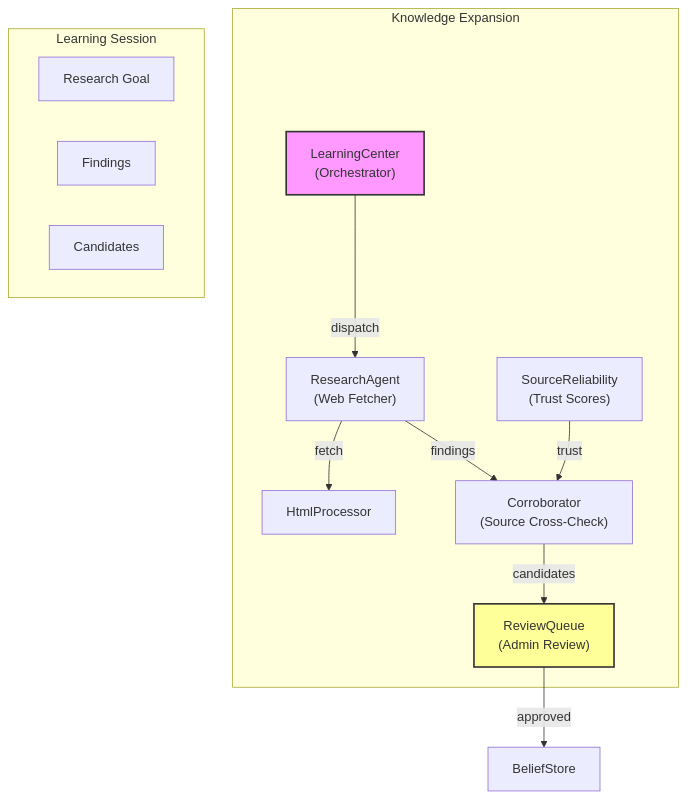
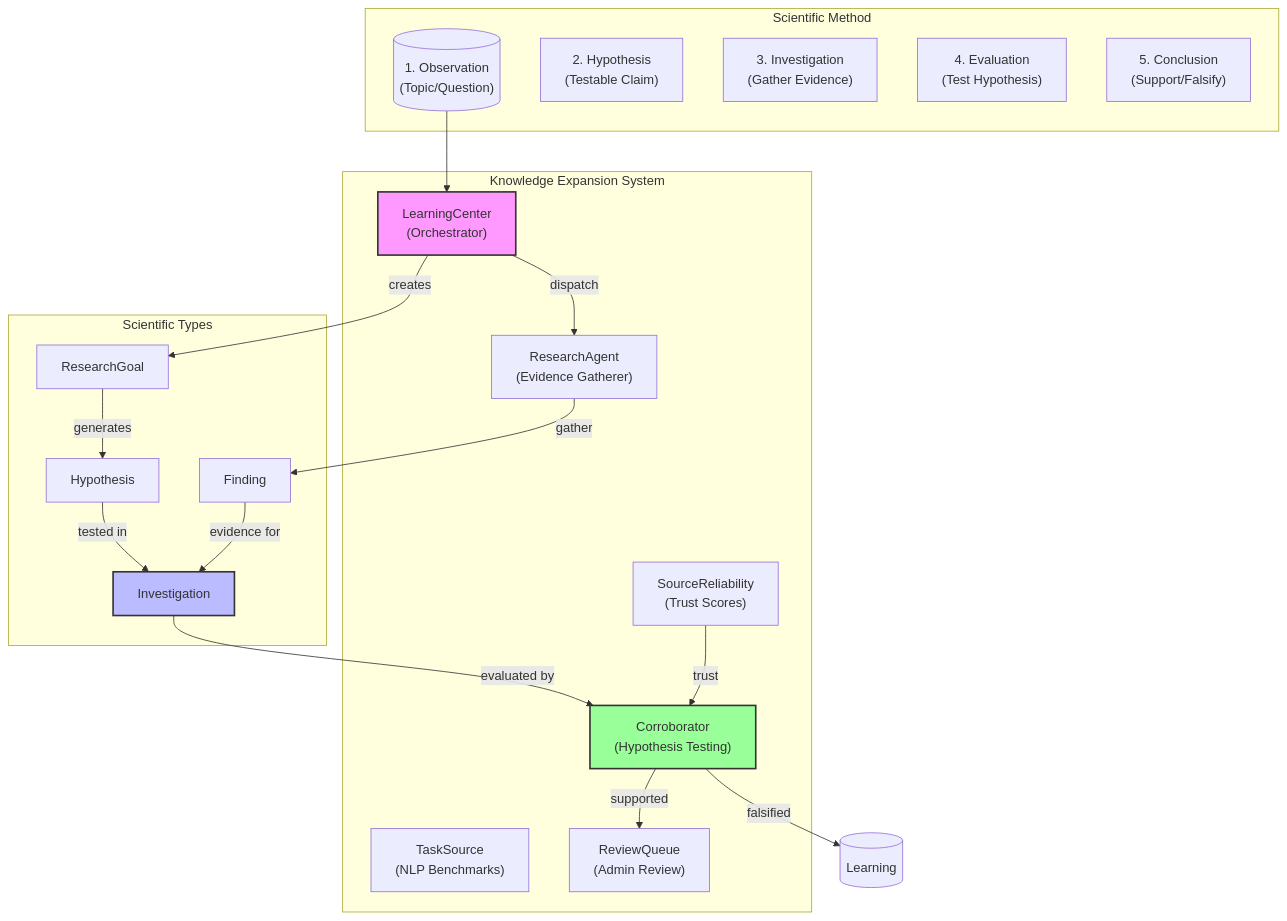
Diagram 21 of 25 in docs/ARCHITECTURE.md (austinkregel/elixir-chatbot), drawn with Mermaid before and after one commit. The commit also changed other lines of this file and 77 other files, not shown here.

````diff
--- a/docs/ARCHITECTURE.md
+++ b/docs/ARCHITECTURE.md
@@ -839,27 +1538,42 @@
 ```mermaid
 flowchart TB
-    subgraph Knowledge["Knowledge Expansion"]
+    subgraph Scientific["Scientific Method"]
+        OBS[("1. Observation<br/>(Topic/Question)")]
+        HYP["2. Hypothesis<br/>(Testable Claim)"]
+        EXP["3. Investigation<br/>(Gather Evidence)"]
+        EVAL["4. Evaluation<br/>(Test Hypothesis)"]
+        CONC["5. Conclusion<br/>(Support/Falsify)"]
+    end
+
+    subgraph Knowledge["Knowledge Expansion System"]
         LC["LearningCenter<br/>(Orchestrator)"]
-        RA["ResearchAgent<br/>(Web Fetcher)"]
-        COR["Corroborator<br/>(Source Cross-Check)"]
+        RA["ResearchAgent<br/>(Evidence Gatherer)"]
+        TS["TaskSource<br/>(NLP Benchmarks)"]
+        COR["Corroborator<br/>(Hypothesis Testing)"]
         SR["SourceReliability<br/>(Trust Scores)"]
         RQ["ReviewQueue<br/>(Admin Review)"]
-        HP["HtmlProcessor"]
     end
 
-    subgraph Session["Learning Session"]
-        GOAL[Research Goal]
-        FINDINGS[Findings]
-        CANDIDATES[Candidates]
+    subgraph Types["Scientific Types"]
+        GOAL[ResearchGoal]
+        INV[Investigation]
+        HYPS[Hypothesis]
+        FIND[Finding]
     end
 
+    OBS --> LC
+    LC -->|creates| GOAL
+    GOAL -->|generates| HYPS
+    HYPS -->|tested in| INV
     LC -->|dispatch| RA
-    RA -->|fetch| HP
-    RA -->|findings| COR
-    COR -->|candidates| RQ
+    RA -->|gather| FIND
+    FIND -->|evidence for| INV
+    INV -->|evaluated by| COR
+    COR -->|supported| RQ
+    COR -->|falsified| LEARN[("Learning")]
     SR -->|trust| COR
-    RQ -->|approved| BS["BeliefStore"]
 
     style LC fill:#f9f,stroke:#333,stroke-width:2px
-    style RQ fill:#ff9,stroke:#333,stroke-width:2px
+    style COR fill:#9f9,stroke:#333,stroke-width:2px
+    style INV fill:#bbf,stroke:#333,stroke-width:2px
 ```
````
